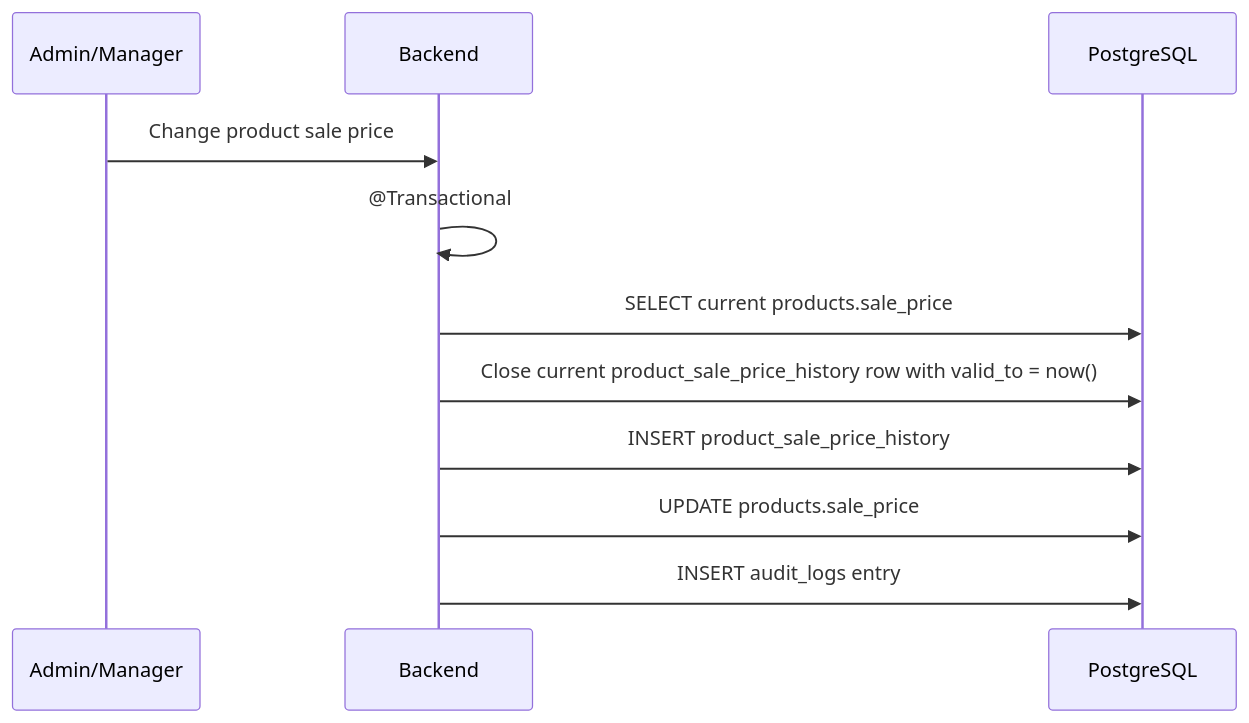
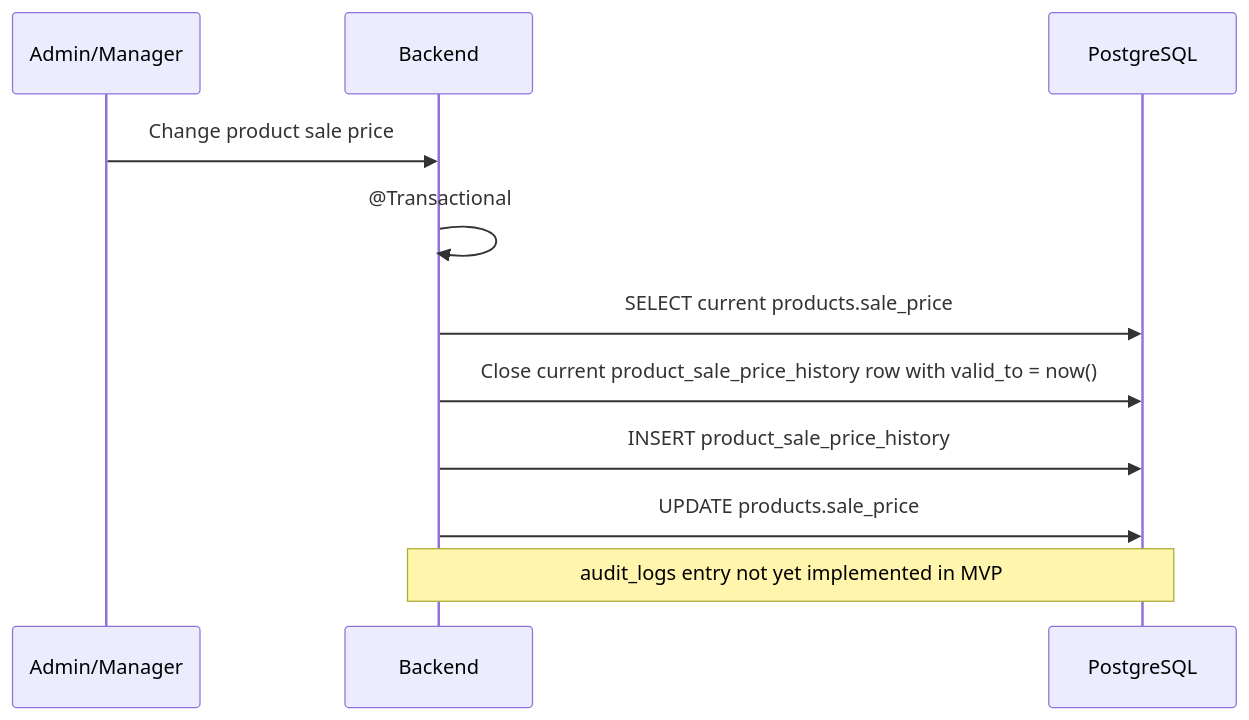
One commit to NachoOsella/lembas changed the diagram in docs/04-processes/sale-price-history-flow.md. Above: the diagram before and after it, drawn with Mermaid. The commit also changed other lines of this file and 36 other files, not shown here.

````diff
--- a/docs/04-processes/sale-price-history-flow.md
+++ b/docs/04-processes/sale-price-history-flow.md
@@ -7,14 +7,14 @@
 ```mermaid
 sequenceDiagram
     participant U as Admin/Manager
     participant BE as Backend
     participant DB as PostgreSQL
 
     U->>BE: Change product sale price
     BE->>BE: @Transactional
     BE->>DB: SELECT current products.sale_price
     BE->>DB: Close current product_sale_price_history row with valid_to = now()
     BE->>DB: INSERT product_sale_price_history
     BE->>DB: UPDATE products.sale_price
-    BE->>DB: INSERT audit_logs entry
+    Note over BE,DB: audit_logs entry not yet implemented in MVP
 ```
````
